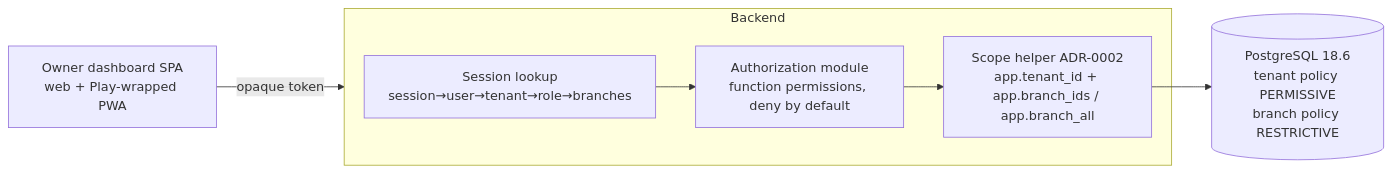
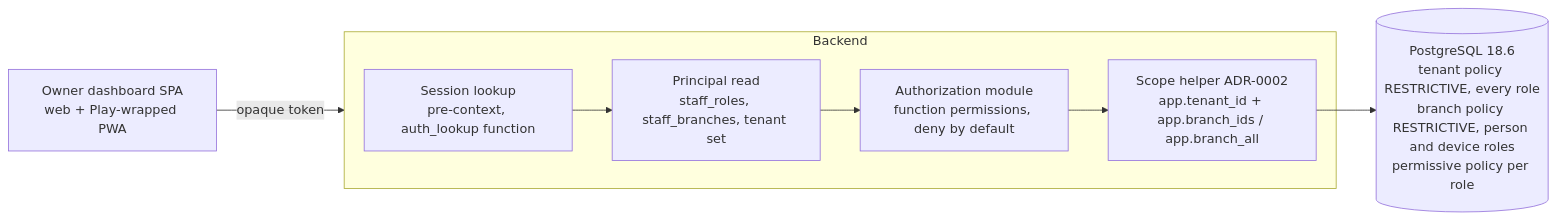
The diagram in docs/architecture/adr-0003-branch-scope-and-session.md (Kodelix/kodeebo), drawn with Mermaid before and after one commit. The commit also changed other lines of this file and 4 other files, not shown here.

First line of the commit message:
docs: apply architecture-review fixes to ADR-0001..0004

````diff
--- a/docs/architecture/adr-0003-branch-scope-and-session.md
+++ b/docs/architecture/adr-0003-branch-scope-and-session.md
@@ -103,9 +107,10 @@
 ```mermaid
 flowchart LR
   B[Owner dashboard SPA<br/>web + Play-wrapped PWA] -- opaque token --> API
   subgraph API["Backend"]
-    L[Session lookup<br/>session→user→tenant→role→branches] --> Z[Authorization module<br/>function permissions, deny by default]
+    L[Session lookup<br/>pre-context, auth_lookup function] --> P[Principal read<br/>staff_roles, staff_branches, tenant set]
+    P --> Z[Authorization module<br/>function permissions, deny by default]
     Z --> S[Scope helper ADR-0002<br/>app.tenant_id + app.branch_ids / app.branch_all]
   end
-  S --> DB[(PostgreSQL 18.6<br/>tenant policy PERMISSIVE<br/>branch policy RESTRICTIVE)]
+  S --> DB[(PostgreSQL 18.6<br/>tenant policy RESTRICTIVE, every role<br/>branch policy RESTRICTIVE, person and device roles<br/>permissive policy per role)]
 ```
````
